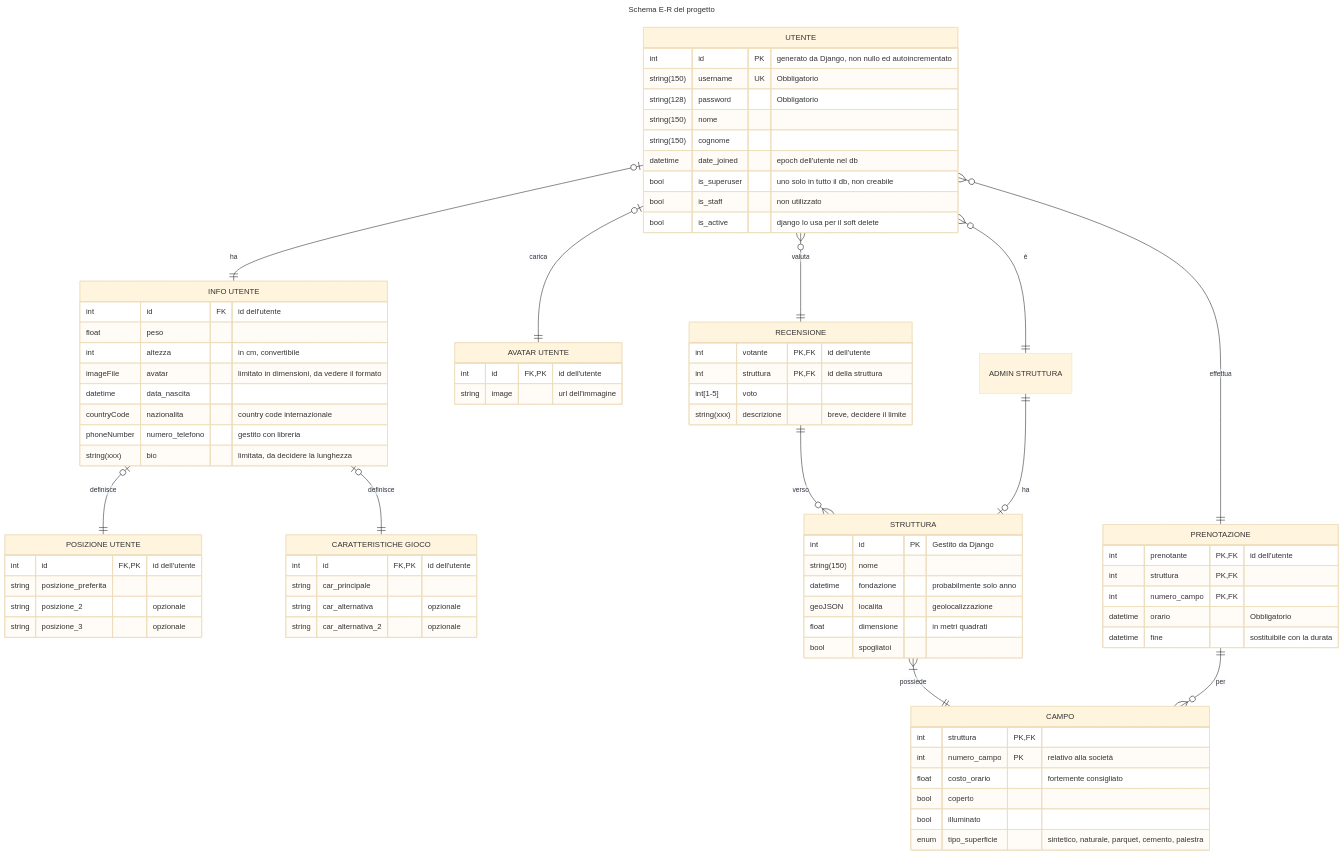
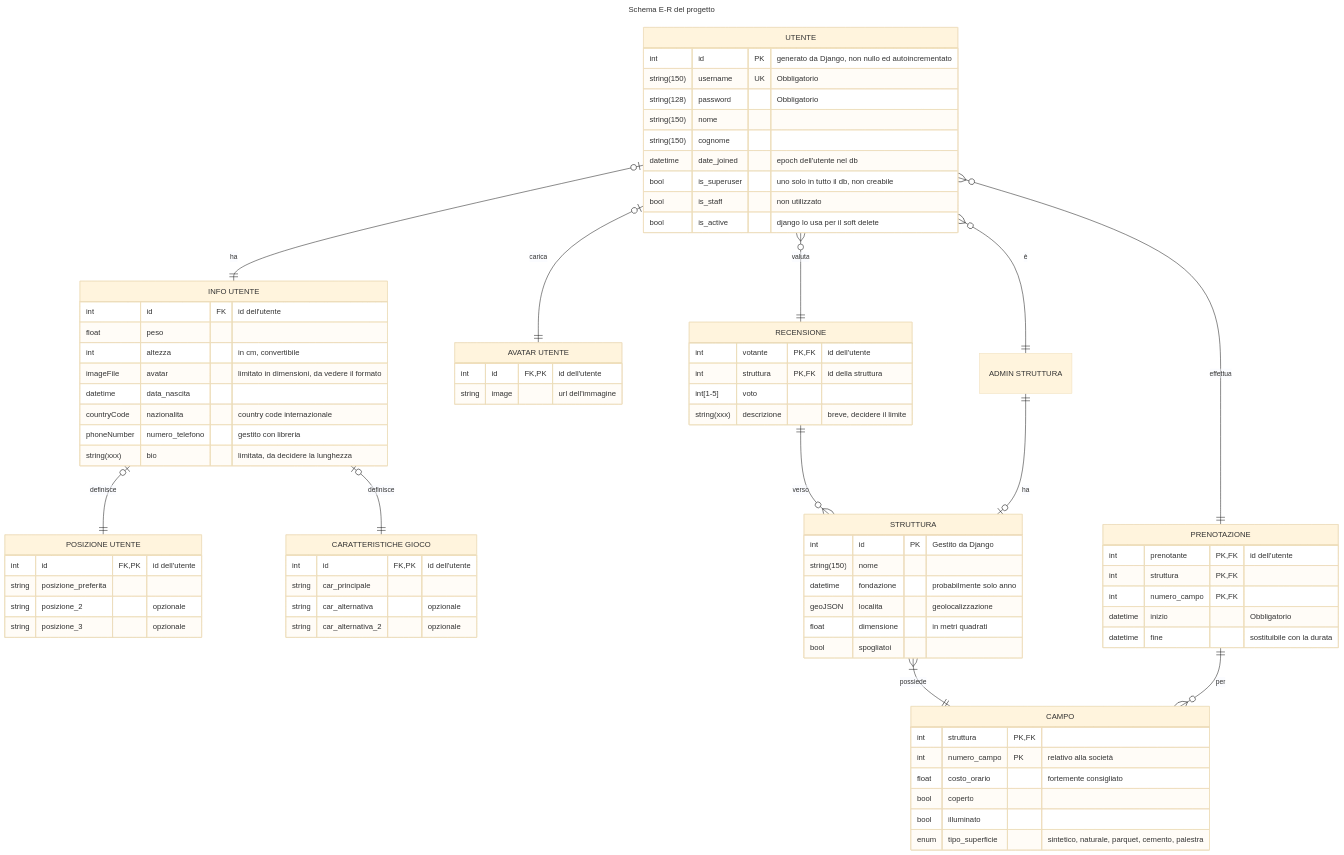
One commit to bergonzinifrancesco/backendTC changed the diagram in docs/schemi.mmd. Above: the diagram before and after it, drawn with Mermaid (base theme). The commit also changed 11 other files, not shown here.

```diff
--- a/docs/schemi.mmd
+++ b/docs/schemi.mmd
@@ -1,97 +1,97 @@
 ---
 title: Schema E-R del progetto
 ---
 erDiagram
     UTENTE {
         int id PK "generato da Django, non nullo ed autoincrementato"
         string(150) username UK "Obbligatorio"
         string(128) password "Obbligatorio"
         string(150) nome
         string(150) cognome
         datetime date_joined "epoch dell'utente nel db"
         bool is_superuser "uno solo in tutto il db, non creabile"
         bool is_staff "non utilizzato" 
         bool is_active "django lo usa per il soft delete"
     }
 
     UTENTE o|--|| "INFO UTENTE" : "ha"
 
     "INFO UTENTE" {
         int id FK "id dell'utente"
         float peso
         int altezza "in cm, convertibile"
         imageFile avatar "limitato in dimensioni, da vedere il formato"
         datetime data_nascita
         countryCode nazionalita "country code internazionale"
         phoneNumber numero_telefono "gestito con libreria"
         string(xxx) bio "limitata, da decidere la lunghezza"
     }
     
     UTENTE o|--|| "AVATAR UTENTE" : "carica"
 
     "AVATAR UTENTE" {
         int id FK,PK "id dell'utente"
         string image "url dell'immagine"
     }
 
     "INFO UTENTE" o|--|| "POSIZIONE UTENTE" : "definisce"
 
     "POSIZIONE UTENTE" {
         int id FK,PK "id dell'utente"
         string posizione_preferita
         string posizione_2 "opzionale"
         string posizione_3 "opzionale"
     }
 
     "INFO UTENTE" o|--|| "CARATTERISTICHE GIOCO" : "definisce"
 
     "CARATTERISTICHE GIOCO" {
         int id FK,PK "id dell'utente"
         string car_principale
         string car_alternativa "opzionale"
         string car_alternativa_2 "opzionale"
     }
 
     STRUTTURA {
         int id PK "Gestito da Django"
         string(150) nome
         datetime fondazione "probabilmente solo anno"
         geoJSON localita "geolocalizzazione"
         float dimensione "in metri quadrati"
         bool spogliatoi
     }
 
     STRUTTURA |{--|| CAMPO : "possiede"
 
     CAMPO {
         int struttura PK, FK
         int numero_campo PK "relativo alla società"
         float costo_orario "fortemente consigliato"
         bool coperto
         bool illuminato
         enum tipo_superficie "sintetico, naturale, parquet, cemento, palestra"
     }
 
     PRENOTAZIONE ||--}o CAMPO : "per"
     UTENTE o{--|| PRENOTAZIONE : "effettua"
 
     PRENOTAZIONE {
         int prenotante PK,FK "id dell'utente"
         int struttura PK,FK
         int numero_campo PK,FK
-        datetime orario "Obbligatorio"
+        datetime inizio "Obbligatorio"
         datetime fine "sostituibile con la durata"
     }
 
     UTENTE o{--|| RECENSIONE : "valuta"
     RECENSIONE ||--}o STRUTTURA : "verso"
 
     RECENSIONE {
         int votante PK,FK "id dell'utente"
         int struttura PK,FK "id della struttura"
         int[1-5] voto
         string(xxx) descrizione "breve, decidere il limite"
     }
 
     UTENTE o{--|| "ADMIN STRUTTURA" : "è"
     "ADMIN STRUTTURA" ||--o| STRUTTURA : "ha"
```
